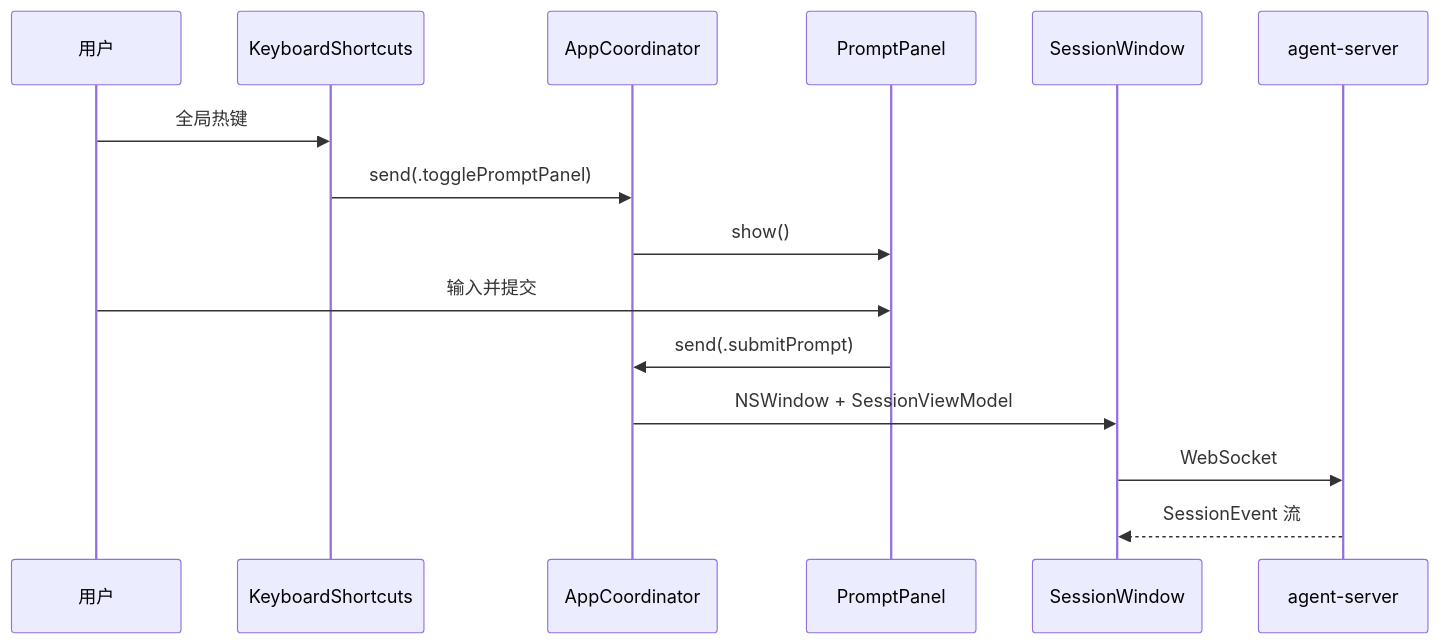
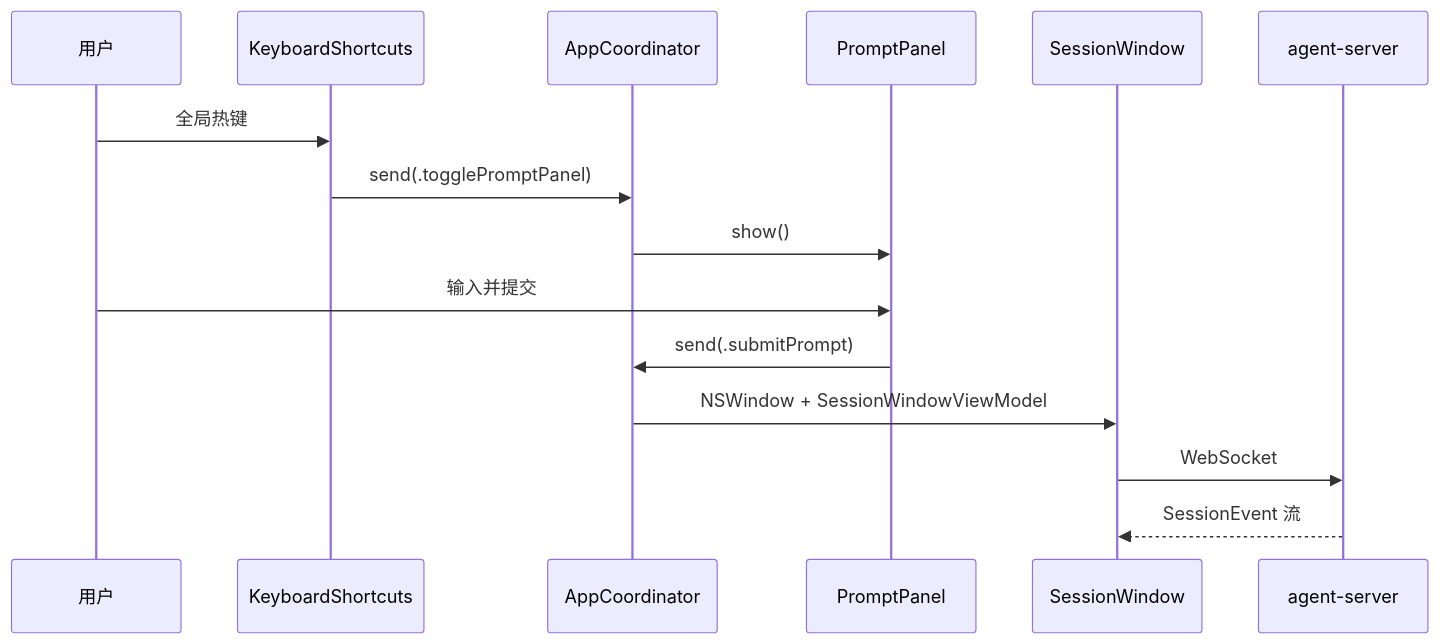
Before and after one commit to Lixuhang987/SpotAgent: the second of 2 diagrams in apps/desktop/desktop.md, drawn with Mermaid. The commit also changed other lines of this file and 19 other files, not shown here.

Commit message:
refactor: remove independent session history window

````diff
--- a/apps/desktop/desktop.md
+++ b/apps/desktop/desktop.md
@@ -84,18 +84,18 @@
 ```mermaid
 sequenceDiagram
   participant User as 用户
   participant Hotkey as KeyboardShortcuts
   participant Coord as AppCoordinator
   participant Panel as PromptPanel
   participant Window as SessionWindow
   participant Server as agent-server
 
   User->>Hotkey: 全局热键
   Hotkey->>Coord: send(.togglePromptPanel)
   Coord->>Panel: show()
   User->>Panel: 输入并提交
   Panel->>Coord: send(.submitPrompt)
-  Coord->>Window: NSWindow + SessionViewModel
+  Coord->>Window: NSWindow + SessionWindowViewModel
   Window->>Server: WebSocket
   Server-->>Window: SessionEvent 流
 ```
````
